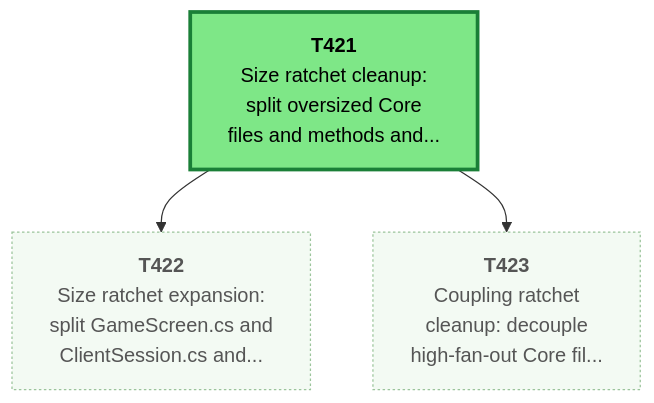
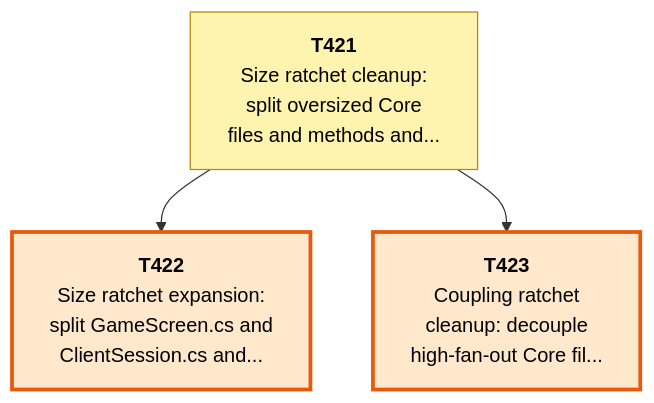
The second of 5 diagrams in csharp/migration/DEPENDENCY_MAP.md (Kenmura/UncivSharp), drawn with Mermaid before and after one commit. The commit also changed other lines of this file and 1 other file, not shown here.

````diff
--- a/csharp/migration/DEPENDENCY_MAP.md
+++ b/csharp/migration/DEPENDENCY_MAP.md
@@ -85,18 +86,18 @@
 ```mermaid
 flowchart TD
   T421["<b>T421</b><br/>Size ratchet cleanup:<br/>split oversized Core<br/>files and methods and..."]
   T422["<b>T422</b><br/>Size ratchet expansion:<br/>split GameScreen.cs and<br/>ClientSession.cs and..."]
   T423["<b>T423</b><br/>Coupling ratchet<br/>cleanup: decouple<br/>high-fan-out Core fil..."]
   T421 --> T422
   T421 --> T423
   classDef waiting fill:#f3faf3,stroke:#9bc49b,color:#555,stroke-dasharray:2 2
   classDef ondeck fill:#ffe8cc,stroke:#e8590c,stroke-width:3px,color:#000
   classDef ready fill:#7ee787,stroke:#1a7f37,stroke-width:3px,color:#000
   classDef prog fill:#fff3b0,stroke:#b58900,color:#000
   classDef review fill:#cfe4ff,stroke:#1f6feb,color:#000
   classDef blocked fill:#ffd6d6,stroke:#c62828,color:#000
   classDef done fill:#eeeeee,stroke:#999999,color:#666,stroke-dasharray:4 3
-  class T421 ready
-  class T422 waiting
-  class T423 waiting
+  class T421 prog
+  class T422 ondeck
+  class T423 ondeck
 ```
````
